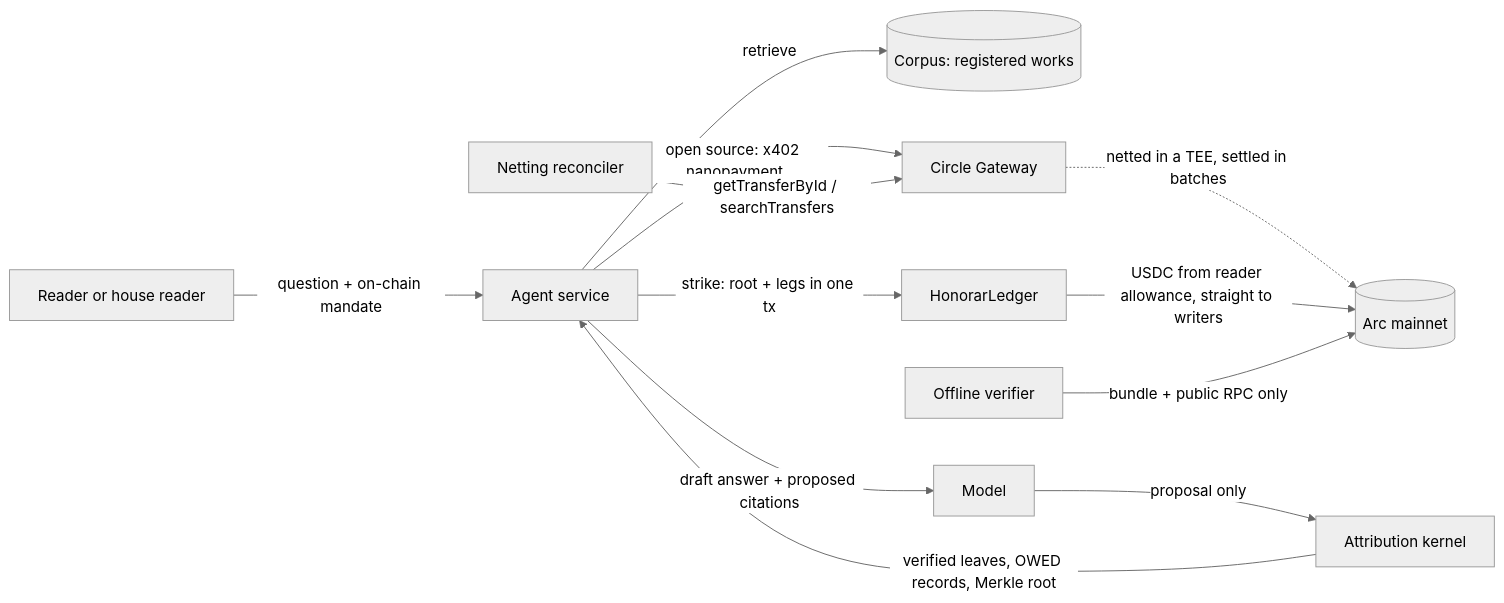
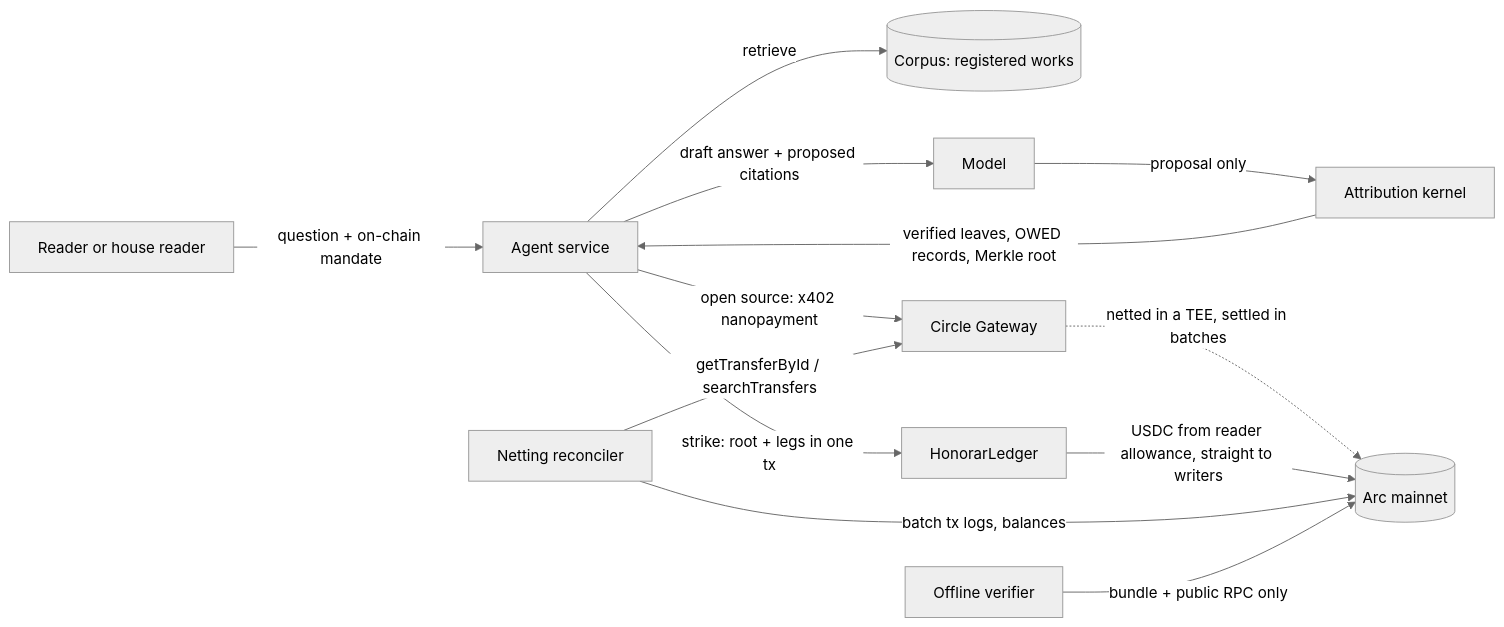
Before and after one commit to 0xkinno/honorar: the first of 3 diagrams in README.md, drawn with Mermaid (neutral theme). The commit also changed other lines of this file and 58 other files, not shown here.

````diff
--- a/README.md
+++ b/README.md
@@ -42,14 +107,15 @@
 ```mermaid
 flowchart LR
   R[Reader or house reader] -->|question + on-chain mandate| A[Agent service]
   A -->|retrieve| C[(Corpus: registered works)]
   A -->|open source: x402 nanopayment| GW[Circle Gateway]
   GW -.->|netted in a TEE, settled in batches| ARC[(Arc mainnet)]
   A -->|draft answer + proposed citations| M[Model]
   M -->|proposal only| K[Attribution kernel]
   K -->|verified leaves, OWED records, Merkle root| A
   A -->|strike: root + legs in one tx| L[HonorarLedger]
   L -->|USDC from reader allowance, straight to writers| ARC
   REC[Netting reconciler] -->|getTransferById / searchTransfers| GW
+  REC -->|batch tx logs, balances| ARC
   V[Offline verifier] -->|bundle + public RPC only| ARC
 ```
````
